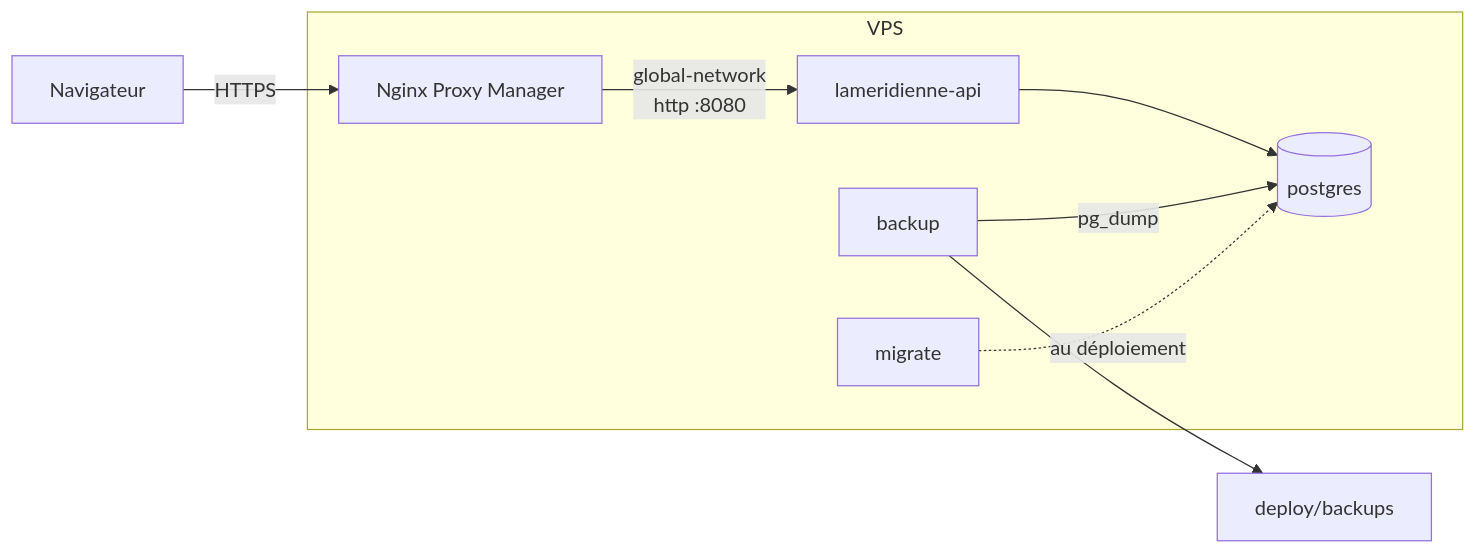
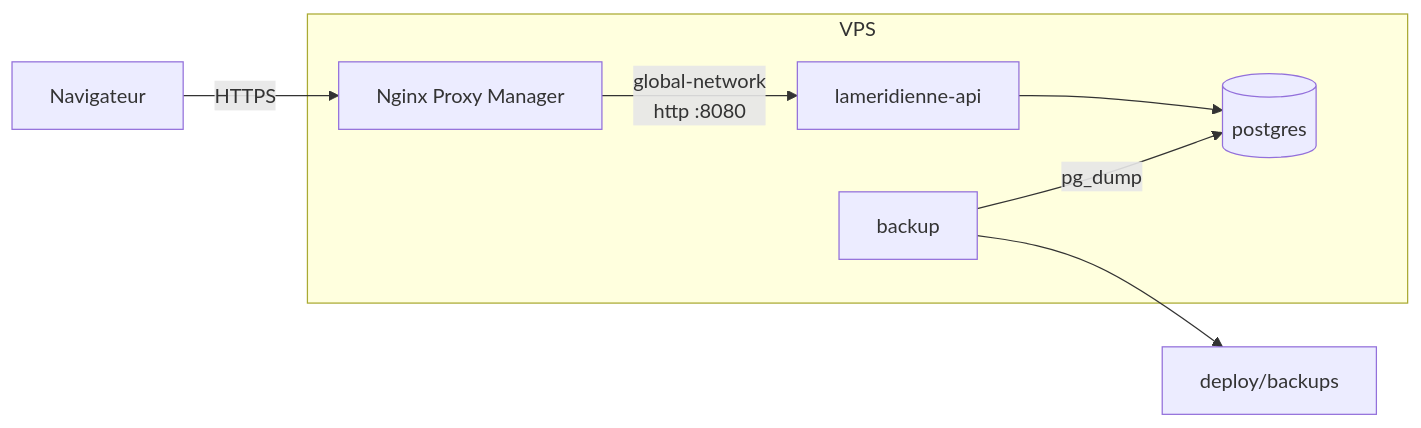
Before and after one commit to mahdimcheik/LaMeridienneAPI: the diagram in docs/30-specs-techniques/05-exploitation.md, drawn with Mermaid. The commit also changed other lines of this file and 23 other files, not shown here.

````diff
--- a/docs/30-specs-techniques/05-exploitation.md
+++ b/docs/30-specs-techniques/05-exploitation.md
@@ -38,11 +34,10 @@
 ```mermaid
 flowchart LR
     N[Navigateur] -- HTTPS --> P[Nginx Proxy Manager]
     subgraph VPS
       P -- "global-network<br/>http :8080" --> A[lameridienne-api]
       A --> D[(postgres)]
       B[backup] -- pg_dump --> D
-      M[migrate] -.->|au déploiement| D
     end
     B --> F[deploy/backups]
 ```
````
